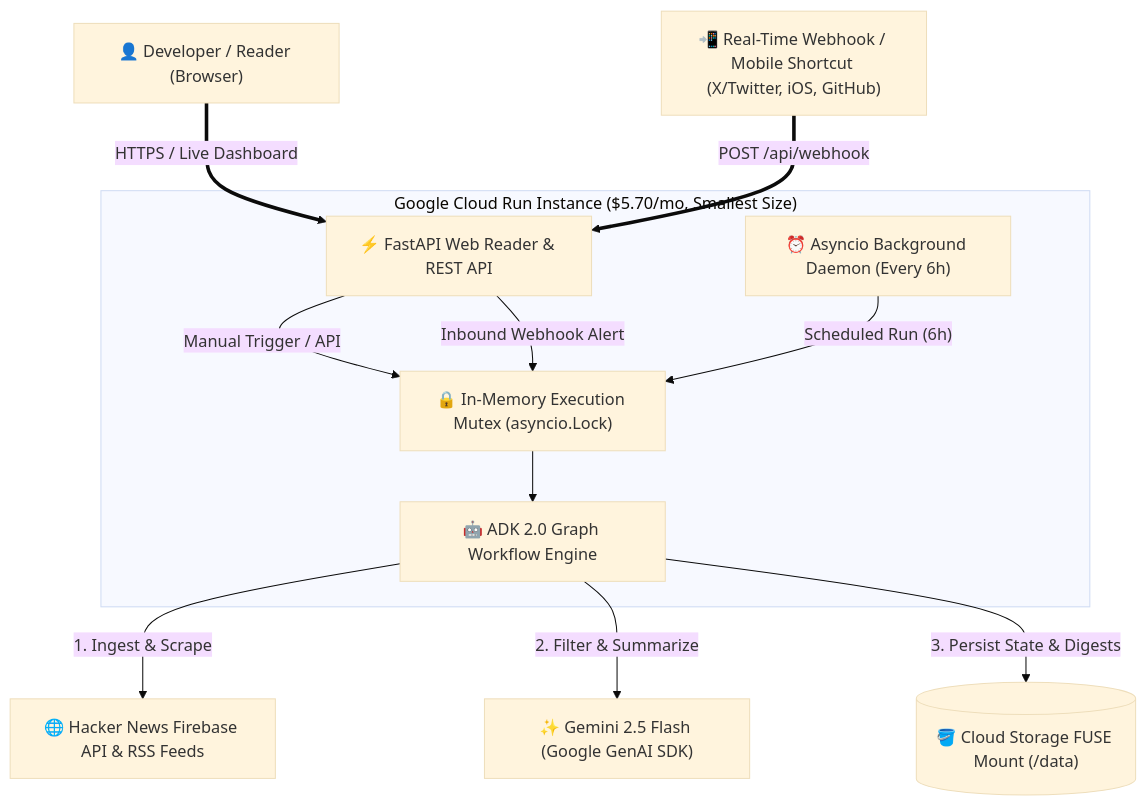
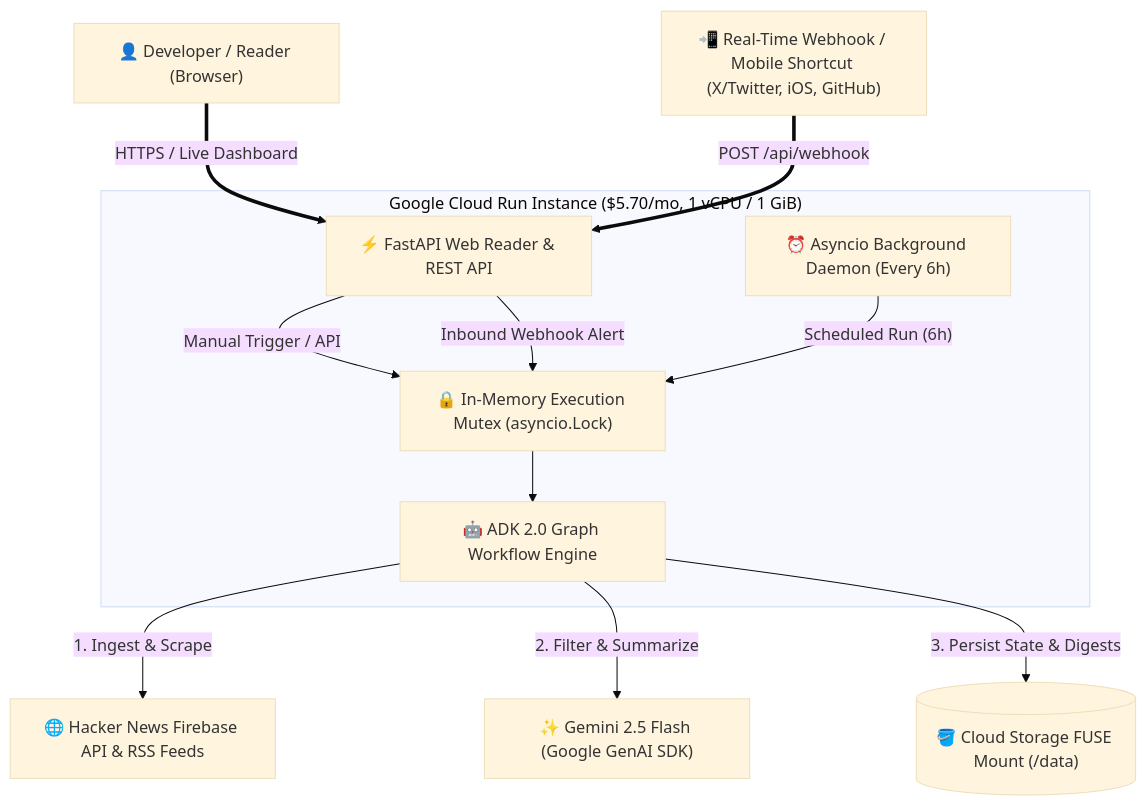
Before and after one commit to GoogleCloudPlatform/devrel-demos: the first of 3 diagrams in ai-ml/tech-briefing-agent/README.md, drawn with Mermaid (base theme). The commit also changed other lines of this file, not shown here.

Commit message:
docs: update instance size phrasing to 1 vCPU and 1 GiB in README.md

````diff
--- a/ai-ml/tech-briefing-agent/README.md
+++ b/ai-ml/tech-briefing-agent/README.md
@@ -34,27 +34,27 @@
 ```mermaid
 flowchart TD
     User["👤 Developer / Reader (Browser)"]
     WebhookSender["📲 Real-Time Webhook / Mobile Shortcut (X/Twitter, iOS, GitHub)"]
 
-    subgraph Instance ["Google Cloud Run Instance ($5.70/mo, Smallest Size)"]
+    subgraph Instance ["Google Cloud Run Instance ($5.70/mo, 1 vCPU / 1 GiB)"]
         UI["⚡ FastAPI Web Reader & REST API"]
         Daemon["⏰ Asyncio Background Daemon (Every 6h)"]
         Mutex["🔒 In-Memory Execution Mutex (asyncio.Lock)"]
         Workflow["🤖 ADK 2.0 Graph Workflow Engine"]
 
         UI -->|"Manual Trigger / API"| Mutex
         UI -->|"Inbound Webhook Alert"| Mutex
         Daemon -->|"Scheduled Run (6h)"| Mutex
         Mutex --> Workflow
     end
 
     Feeds["🌐 Hacker News Firebase API & RSS Feeds"]
     Gemini["✨ Gemini 2.5 Flash (Google GenAI SDK)"]
     Bucket[("🪣 Cloud Storage FUSE Mount (/data)")]
 
     User == "HTTPS / Live Dashboard" ==> UI
     WebhookSender == "POST /api/webhook" ==> UI
     Workflow -- "1. Ingest & Scrape" --> Feeds
     Workflow -- "2. Filter & Summarize" --> Gemini
     Workflow -- "3. Persist State & Digests" --> Bucket
 ```
````
